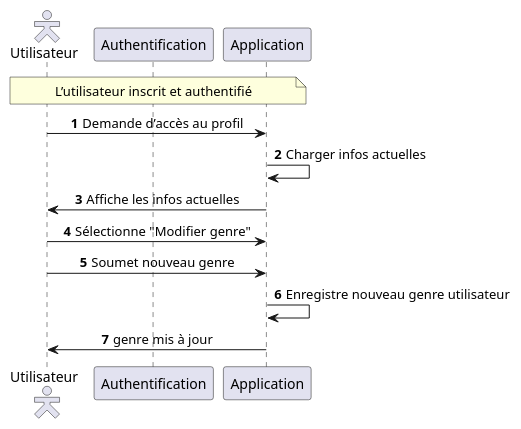
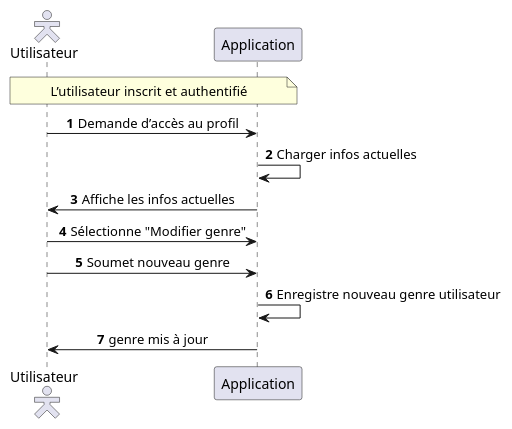
The diagram in src/Description_des_scenarios_Config_Utilisateur_modifier_son_genre.puml (MinaroliCorentin/PSO), drawn with PlantUML before and after one commit. The commit also changed 7 other files, not shown here.

```diff
--- a/src/Description_des_scenarios_Config_Utilisateur_modifier_son_genre.puml
+++ b/src/Description_des_scenarios_Config_Utilisateur_modifier_son_genre.puml
@@ -1,21 +1,20 @@
 @startuml
 autonumber
 skinparam sequenceMessageAlign center
 skinparam actorStyle hollow
 
 actor "Utilisateur" as user
-participant "Authentification" as auth
 participant "Application" as app
 
 note over user, app
 L’utilisateur inscrit et authentifié
 end note
 
 user -> app : Demande d’accès au profil
 app -> app : Charger infos actuelles
 app -> user : Affiche les infos actuelles
 user -> app : Sélectionne "Modifier genre"
 user -> app : Soumet nouveau genre
 app -> app : Enregistre nouveau genre utilisateur
 app -> user : genre mis à jour
 @enduml
```
